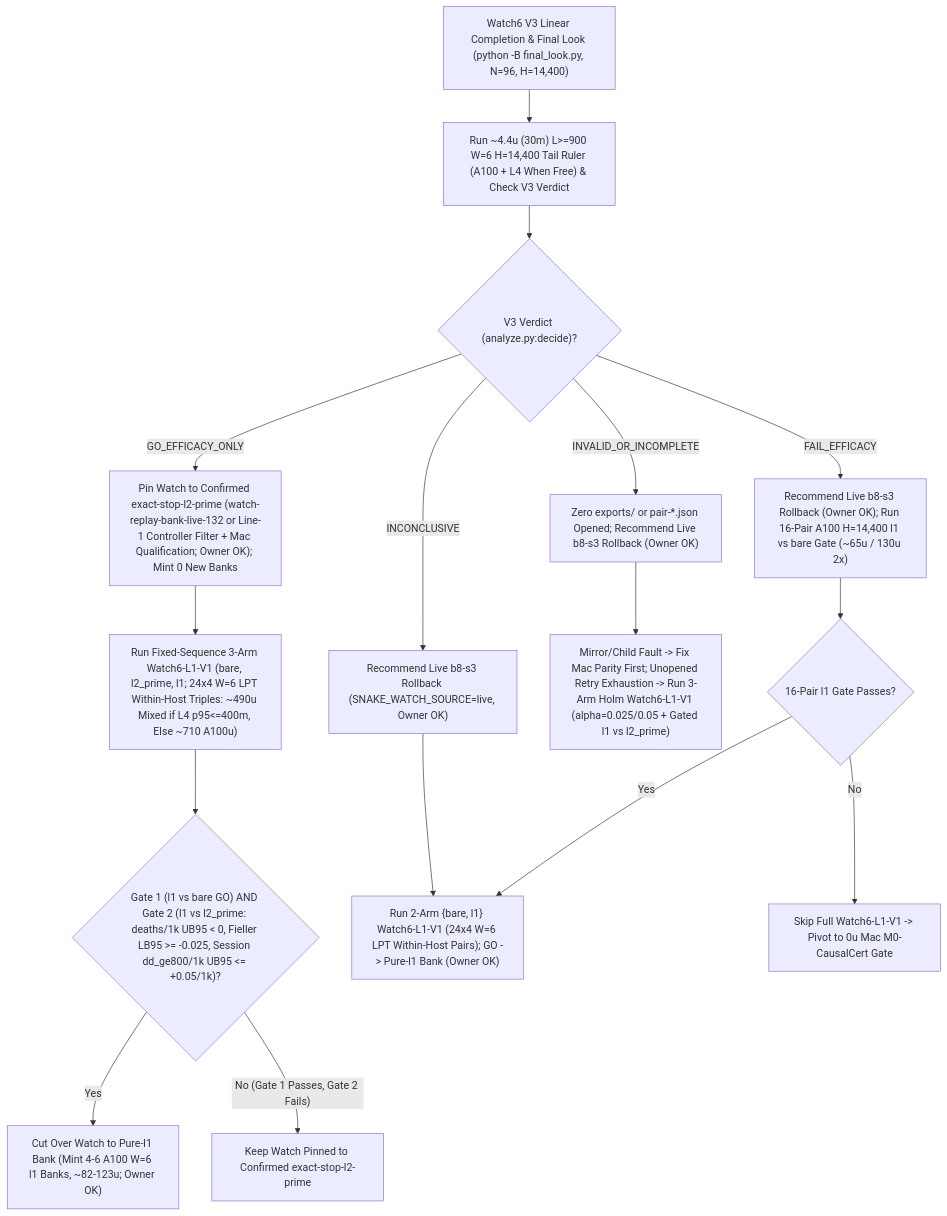
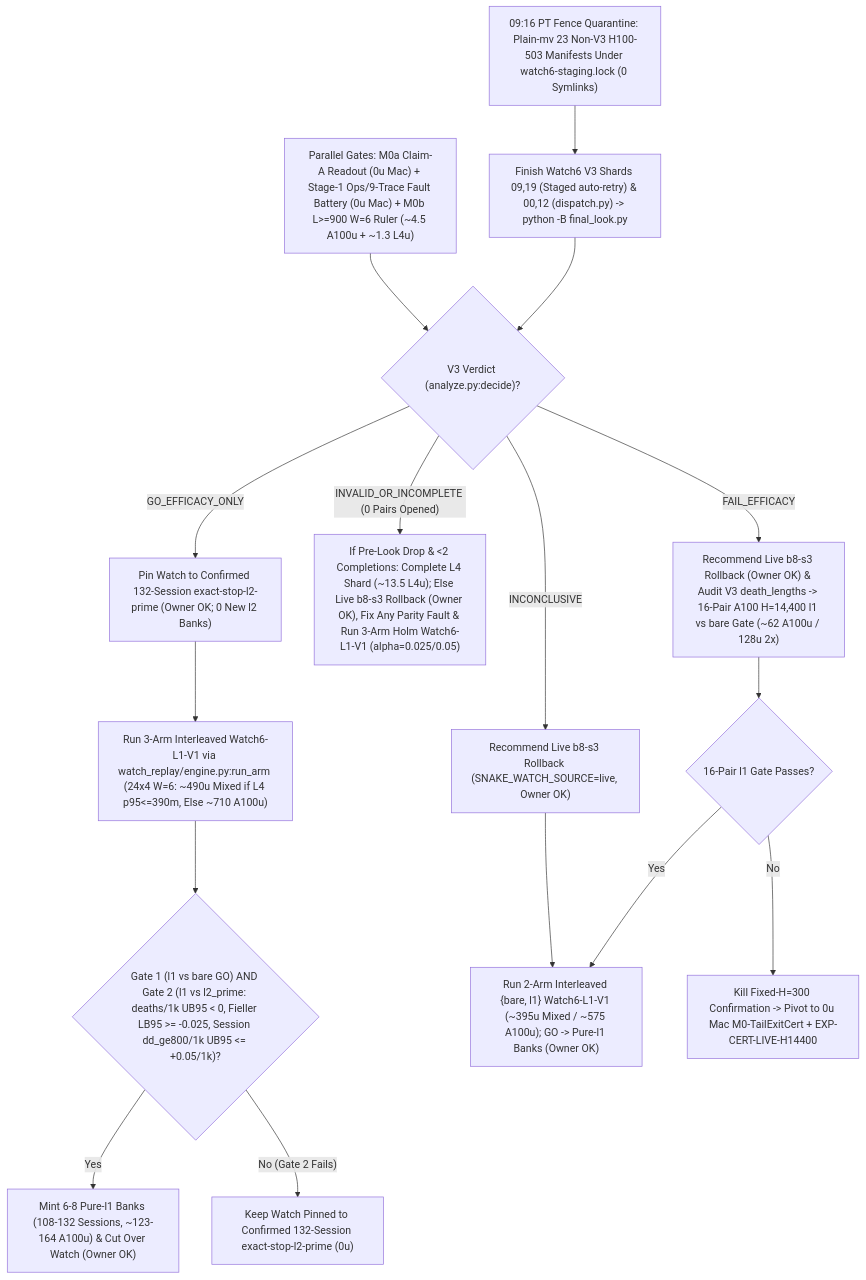
The diagram in docs/research/ROADMAP.md (josenunezwork/snake-dqn), drawn with Mermaid before and after one commit. The commit also changed other lines of this file, not shown here.

Commit message:
docs(roadmap): fold in round-11 synthesis as current and later-round advice

````diff
--- a/docs/research/ROADMAP.md
+++ b/docs/research/ROADMAP.md
@@ -94,18 +93,18 @@
 ```mermaid
 flowchart TD
-    V3["Watch6 V3 Linear Completion & Final Look (python -B final_look.py, N=96, H=14,400)"] --> RULER["Run ~4.4u (30m) L>=900 W=6 H=14,400 Tail Ruler (A100 + L4 When Free) & Check V3 Verdict"]
-    RULER --> VERDICT{"V3 Verdict (analyze.py:decide)?"}
-    VERDICT -- "GO_EFFICACY_ONLY" --> PIN_L2["Pin Watch to Confirmed exact-stop-l2-prime (watch-replay-bank-live-132 or Line-1 Controller Filter + Mac Qualification; Owner OK); Mint 0 New Banks"]
-    PIN_L2 --> L1_3ARM["Run Fixed-Sequence 3-Arm Watch6-L1-V1 (bare, l2_prime, l1; 24x4 W=6 LPT Within-Host Triples: ~490u Mixed if L4 p95<=400m, Else ~710 A100u)"]
+    Q["09:16 PT Fence Quarantine: Plain-mv 23 Non-V3 H100-503 Manifests Under watch6-staging.lock (0 Symlinks)"] --> V3["Finish Watch6 V3 Shards 09,19 (Staged auto-retry) & 00,12 (dispatch.py) -> python -B final_look.py"]
+    M0["Parallel Gates: M0a Claim-A Readout (0u Mac) + Stage-1 Ops/9-Trace Fault Battery (0u Mac) + M0b L>=900 W=6 Ruler (~4.5 A100u + ~1.3 L4u)"] --> VERDICT{"V3 Verdict (analyze.py:decide)?"}
+    V3 --> VERDICT
+    VERDICT -- "GO_EFFICACY_ONLY" --> PIN_L2["Pin Watch to Confirmed 132-Session exact-stop-l2-prime (Owner OK; 0 New l2 Banks)"]
+    PIN_L2 --> L1_3ARM["Run 3-Arm Interleaved Watch6-L1-V1 via watch_replay/engine.py:run_arm (24x4 W=6: ~490u Mixed if L4 p95<=390m, Else ~710 A100u)"]
     L1_3ARM --> GATE2{"Gate 1 (l1 vs bare GO) AND Gate 2 (l1 vs l2_prime: deaths/1k UB95 < 0, Fieller LB95 >= -0.025, Session dd_ge800/1k UB95 <= +0.05/1k)?"}
-    GATE2 -- "Yes" --> CUT_L1["Cut Over Watch to Pure-l1 Bank (Mint 4-6 A100 W=6 l1 Banks, ~82-123u; Owner OK)"]
-    GATE2 -- "No (Gate 1 Passes, Gate 2 Fails)" --> KEEP_L2["Keep Watch Pinned to Confirmed exact-stop-l2-prime"]
+    GATE2 -- "Yes" --> CUT_L1["Mint 6-8 Pure-l1 Banks (108-132 Sessions, ~123-164 A100u) & Cut Over Watch (Owner OK)"]
+    GATE2 -- "No (Gate 2 Fails)" --> KEEP_L2["Keep Watch Pinned to Confirmed 132-Session exact-stop-l2-prime (0u)"]
     VERDICT -- "INCONCLUSIVE" --> INC_RB["Recommend Live b8-s3 Rollback (SNAKE_WATCH_SOURCE=live, Owner OK)"]
-    INC_RB --> L1_2ARM["Run 2-Arm {bare, l1} Watch6-L1-V1 (24x4 W=6 LPT Within-Host Pairs); GO -> Pure-l1 Bank (Owner OK)"]
-    VERDICT -- "INVALID_OR_INCOMPLETE" --> INV_RB["Zero exports/ or pair-*.json Opened; Recommend Live b8-s3 Rollback (Owner OK)"]
-    INV_RB --> INV_FIX["Mirror/Child Fault -> Fix Mac Parity First; Unopened Retry Exhaustion -> Run 3-Arm Holm Watch6-L1-V1 (alpha=0.025/0.05 + Gated l1 vs l2_prime)"]
-    VERDICT -- "FAIL_EFFICACY" --> FAIL_RB["Recommend Live b8-s3 Rollback (Owner OK); Run 16-Pair A100 H=14,400 l1 vs bare Gate (~65u / 130u 2x)"]
+    INC_RB --> L1_2ARM["Run 2-Arm Interleaved {bare, l1} Watch6-L1-V1 (~395u Mixed / ~575 A100u); GO -> Pure-l1 Banks (Owner OK)"]
+    VERDICT -- "INVALID_OR_INCOMPLETE (0 Pairs Opened)" --> INV_RB["If Pre-Look Drop & <2 Completions: Complete L4 Shard (~13.5 L4u); Else Live b8-s3 Rollback (Owner OK), Fix Any Parity Fault & Run 3-Arm Holm Watch6-L1-V1 (alpha=0.025/0.05)"]
+    VERDICT -- "FAIL_EFFICACY" --> FAIL_RB["Recommend Live b8-s3 Rollback (Owner OK) & Audit V3 death_lengths -> 16-Pair A100 H=14,400 l1 vs bare Gate (~62 A100u / 128u 2x)"]
     FAIL_RB --> FAIL_GATE{"16-Pair l1 Gate Passes?"}
     FAIL_GATE -- "Yes" --> L1_2ARM
-    FAIL_GATE -- "No" --> CAUSAL["Skip Full Watch6-L1-V1 -> Pivot to 0u Mac M0-CausalCert Gate"]
+    FAIL_GATE -- "No" --> TAILCERT["Kill Fixed-H=300 Confirmation -> Pivot to 0u Mac M0-TailExitCert + EXP-CERT-LIVE-H14400"]
 ```
````
